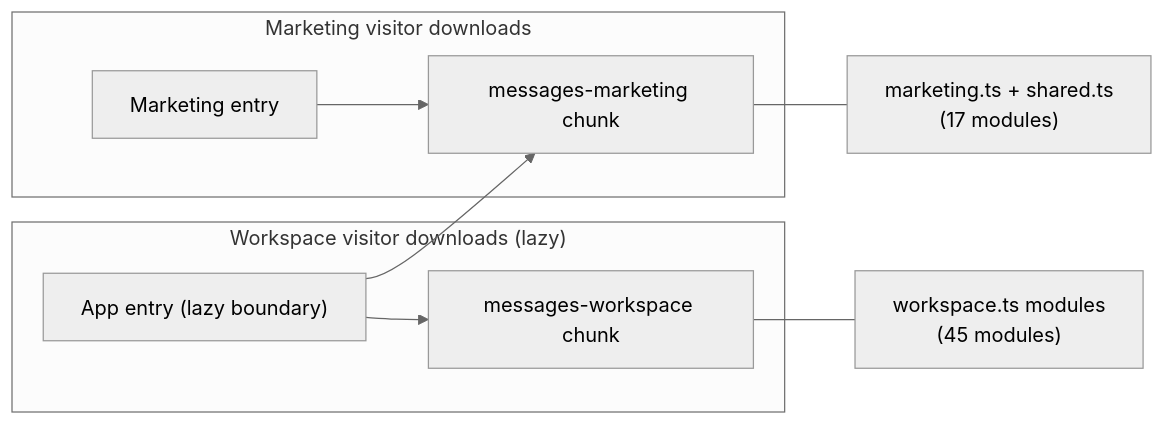
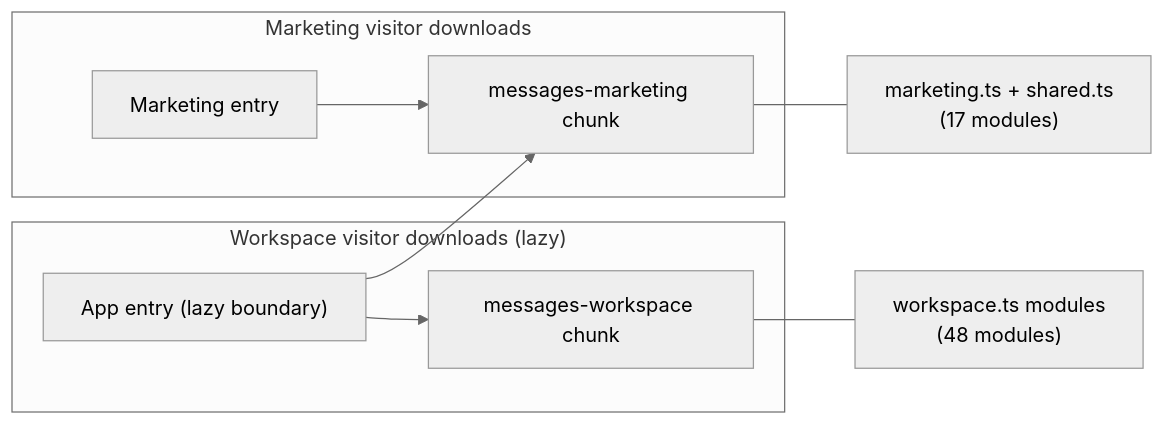
One commit to Dutiva-Canada/Dutiva_Web changed the fourth of 4 diagrams in docs/wiki/Message-Catalogue-Organization-Scope-Enforcement.md. Above: the diagram before and after it, drawn with Mermaid (neutral theme). The commit also changed other lines of this file and 107 other files, not shown here.

````diff
--- a/docs/wiki/Message-Catalogue-Organization-Scope-Enforcement.md
+++ b/docs/wiki/Message-Catalogue-Organization-Scope-Enforcement.md
@@ -375,19 +375,19 @@
 ```mermaid
 flowchart LR
     subgraph "Marketing visitor downloads"
         MK_CHUNK["messages-marketing chunk"]
         MK_ENTRY["Marketing entry"]
     end
 
     subgraph "Workspace visitor downloads (lazy)"
         WS_CHUNK["messages-workspace chunk"]
         WS_ENTRY["App entry (lazy boundary)"]
     end
 
     MK_ENTRY --> MK_CHUNK
     WS_ENTRY --> WS_CHUNK
     WS_ENTRY --> MK_CHUNK
 
     MK_CHUNK --- MK_CONTENT["marketing.ts + shared.ts\n(17 modules)"]
-    WS_CHUNK --- WS_CONTENT["workspace.ts modules\n(45 modules)"]
+    WS_CHUNK --- WS_CONTENT["workspace.ts modules\n(48 modules)"]
 ```
````
